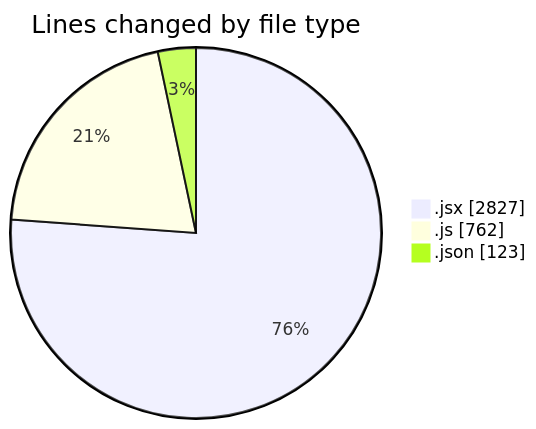
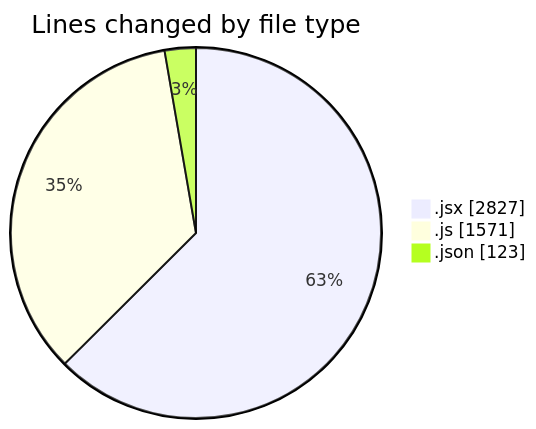
One commit to nxtqubesakshisongat/code-tracking changed the first of 2 diagrams in 2025-12-28/nxtqube_webapp/README.md. Above: the diagram before and after it, drawn with Mermaid. The commit also changed other lines of this file and 1 other file, not shown here.

````diff
--- a/2025-12-28/nxtqube_webapp/README.md
+++ b/2025-12-28/nxtqube_webapp/README.md
@@ -26,7 +27,7 @@
 ```mermaid
 pie showData
 title Lines changed by file type
 ".jsx" : 2827
-".js" : 762
+".js" : 1571
 ".json" : 123
 ```
````
